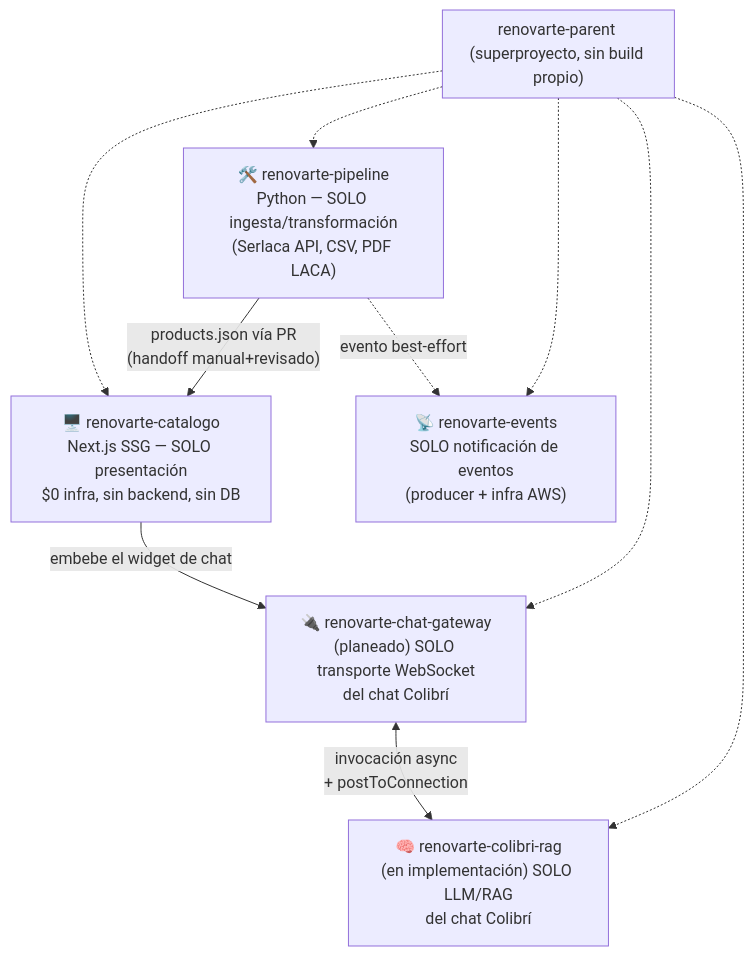
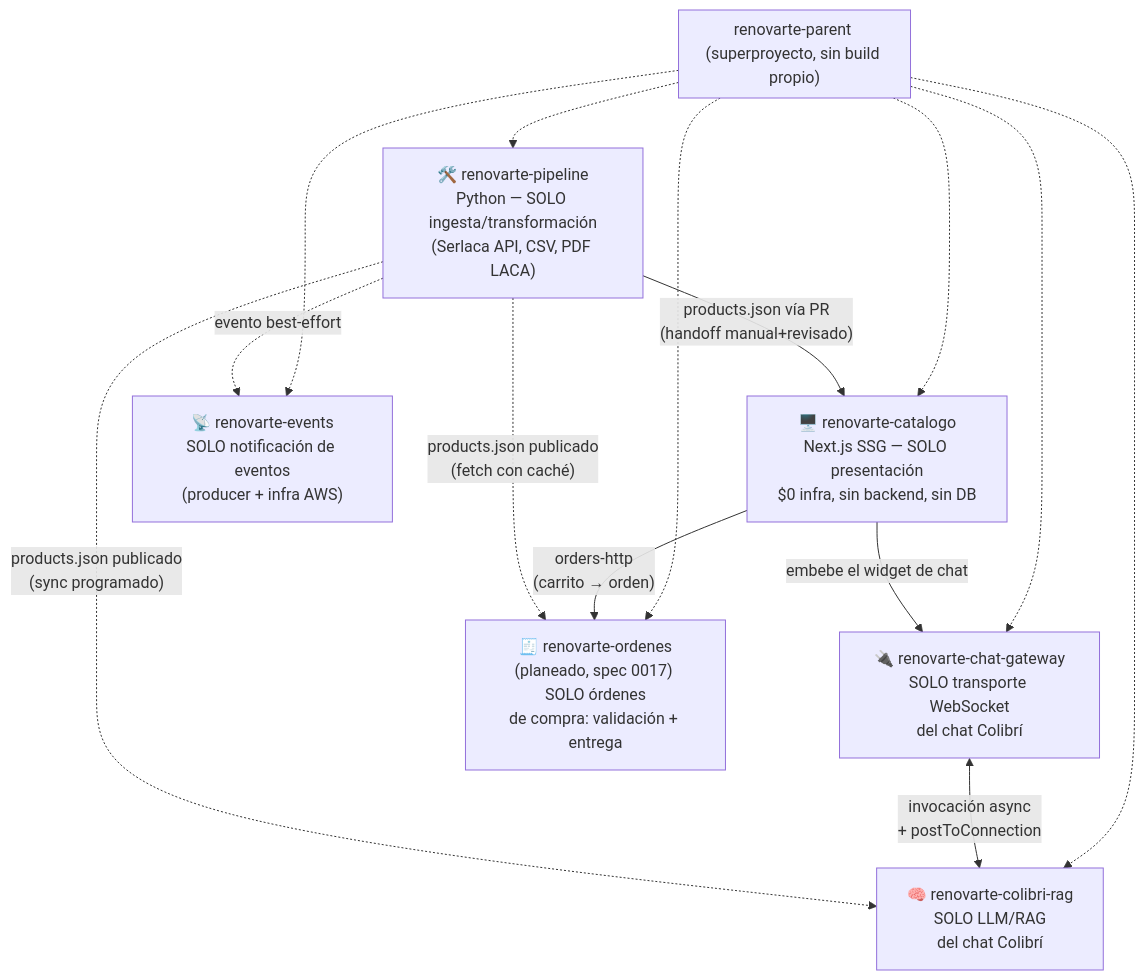
Before and after one commit to gucastillo-personal/renovarte-parent: the first of 6 diagrams in docs/arquitectura-general.md, drawn with Mermaid. The commit also changed other lines of this file and 2 other files, not shown here.

````diff
--- a/docs/arquitectura-general.md
+++ b/docs/arquitectura-general.md
@@ -13,23 +16,28 @@
 ```mermaid
 flowchart TB
     subgraph PARENT["renovarte-parent (superproyecto, sin build propio)"]
         direction TB
     end
 
     CATALOGO["🖥️ renovarte-catalogo<br/>Next.js SSG — SOLO presentación<br/>$0 infra, sin backend, sin DB"]
     PIPELINE["🛠️ renovarte-pipeline<br/>Python — SOLO ingesta/transformación<br/>(Serlaca API, CSV, PDF LACA)"]
     EVENTS["📡 renovarte-events<br/>SOLO notificación de eventos<br/>(producer + infra AWS)"]
-    GATEWAY["🔌 renovarte-chat-gateway<br/>(planeado) SOLO transporte WebSocket<br/>del chat Colibrí"]
-    RAG["🧠 renovarte-colibri-rag<br/>(en implementación) SOLO LLM/RAG<br/>del chat Colibrí"]
+    GATEWAY["🔌 renovarte-chat-gateway<br/>SOLO transporte WebSocket<br/>del chat Colibrí"]
+    RAG["🧠 renovarte-colibri-rag<br/>SOLO LLM/RAG<br/>del chat Colibrí"]
+    ORDENES["🧾 renovarte-ordenes<br/>(planeado, spec 0017) SOLO órdenes<br/>de compra: validación + entrega"]
 
     PARENT -.-> CATALOGO
     PARENT -.-> PIPELINE
     PARENT -.-> EVENTS
     PARENT -.-> GATEWAY
     PARENT -.-> RAG
+    PARENT -.-> ORDENES
 
     PIPELINE -->|"products.json vía PR<br/>(handoff manual+revisado)"| CATALOGO
     PIPELINE -.->|"evento best-effort"| EVENTS
     CATALOGO -->|"embebe el widget de chat"| GATEWAY
     GATEWAY <-->|"invocación async<br/>+ postToConnection"| RAG
+    PIPELINE -.->|"products.json publicado<br/>(sync programado)"| RAG
+    CATALOGO -->|"orders-http<br/>(carrito → orden)"| ORDENES
+    PIPELINE -.->|"products.json publicado<br/>(fetch con caché)"| ORDENES
 ```
````
